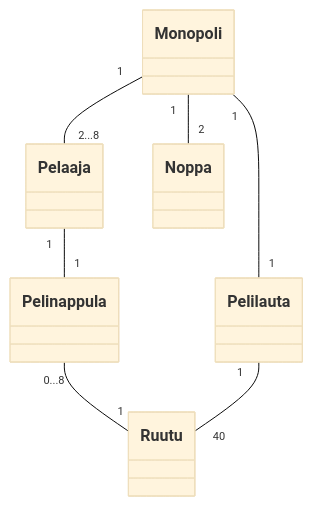
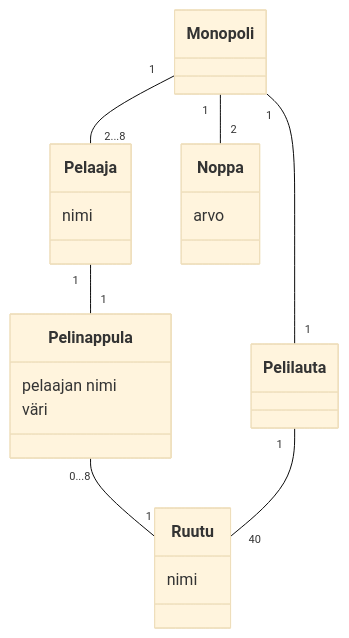
The diagram in laskarit/viikko3/monopoli_luokkakaavio.md (oliviahorjamo/OhTe-harjoitustyo-2022), drawn with Mermaid (base theme) before and after one commit.

````diff
--- a/laskarit/viikko3/monopoli_luokkakaavio.md
+++ b/laskarit/viikko3/monopoli_luokkakaavio.md
@@ -11,9 +11,23 @@
 ```mermaid
  classDiagram
       Monopoli "1" -- "1" Pelilauta
       Monopoli "1" -- "2...8" Pelaaja
       Monopoli "1" -- "2" Noppa
       Pelaaja "1" -- "1" Pelinappula
       Pelinappula "0...8" -- "1" Ruutu
       Pelilauta "1" -- "40" Ruutu
+      class Noppa{
+      arvo
+      }
+      class Pelaaja{
+      nimi
+      }
+      class Pelinappula{
+      pelaajan nimi
+      väri
+      }
+      class Ruutu{
+      nimi
+      }
+      
 ```
````
